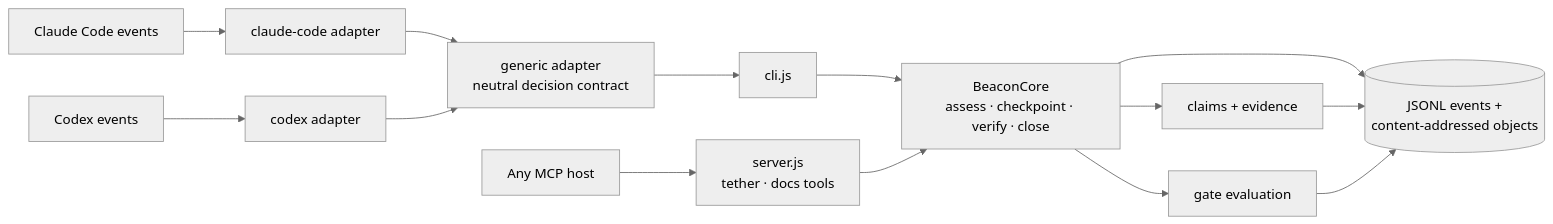
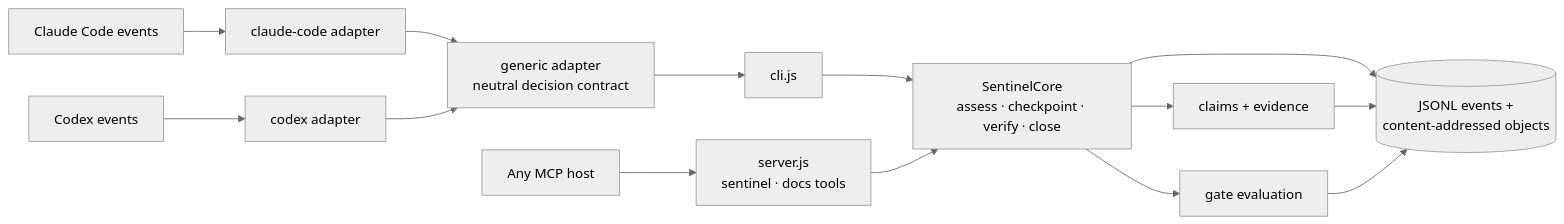
The second of 2 diagrams in README.md (Orthic-Labs/Sentinel), drawn with Mermaid (neutral theme) before and after one commit. The commit also changed other lines of this file and 32 other files, not shown here.

````diff
--- a/README.md
+++ b/README.md
@@ -63,16 +63,16 @@
 ```mermaid
 flowchart LR
     CC[Claude Code events] --> H1[claude-code adapter]
     CX[Codex events] --> H2[codex adapter]
     H1 --> G[generic adapter<br/>neutral decision contract]
     H2 --> G
     G --> CLI[cli.js]
-    MCP[Any MCP host] --> SRV[server.js<br/>tether · docs tools]
-    CLI --> CORE[BeaconCore<br/>assess · checkpoint · verify · close]
+    MCP[Any MCP host] --> SRV[server.js<br/>sentinel · docs tools]
+    CLI --> CORE[SentinelCore<br/>assess · checkpoint · verify · close]
     SRV --> CORE
     CORE --> CL[claims + evidence]
     CORE --> GT[gate evaluation]
     CORE --> ST[(JSONL events +<br/>content-addressed objects)]
     CL --> ST
     GT --> ST
 ```
````
